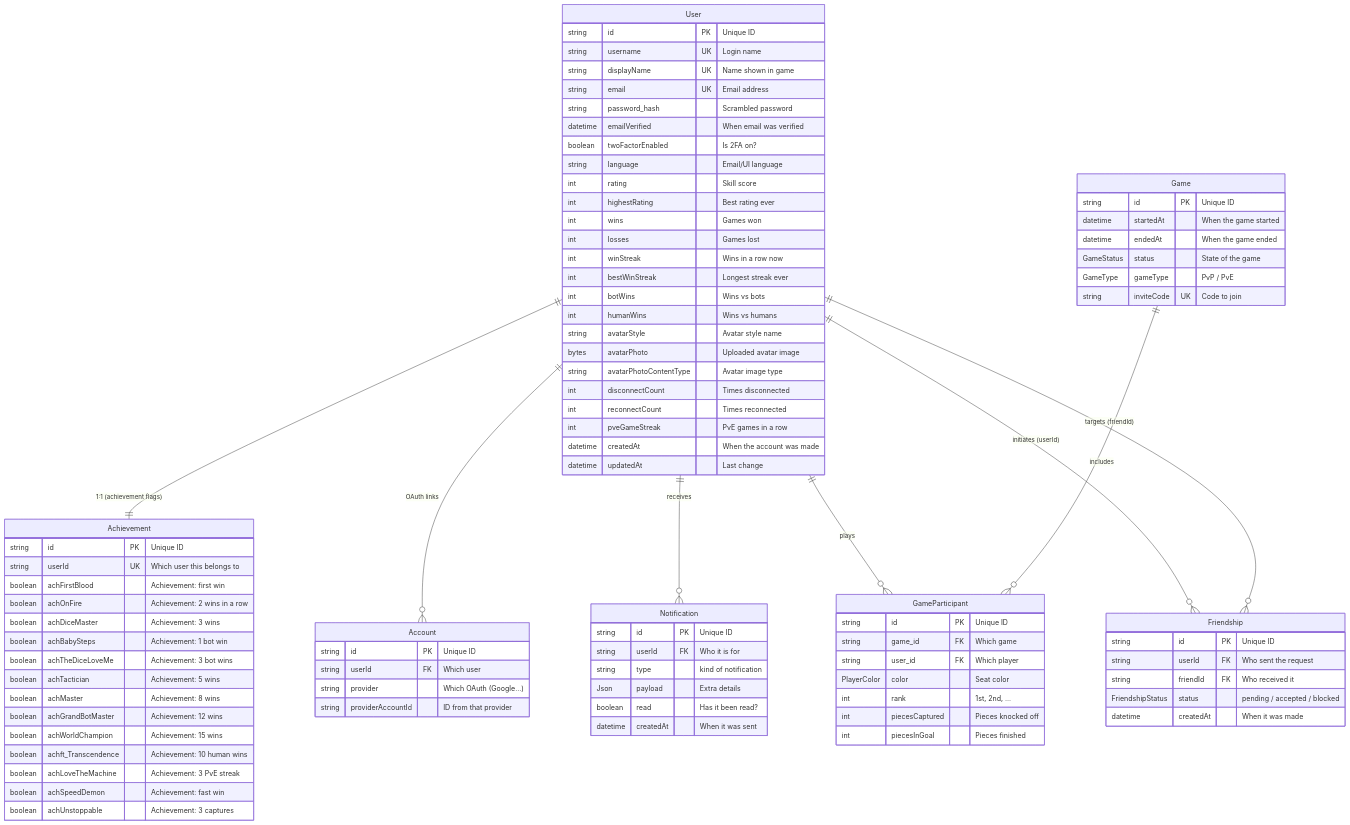
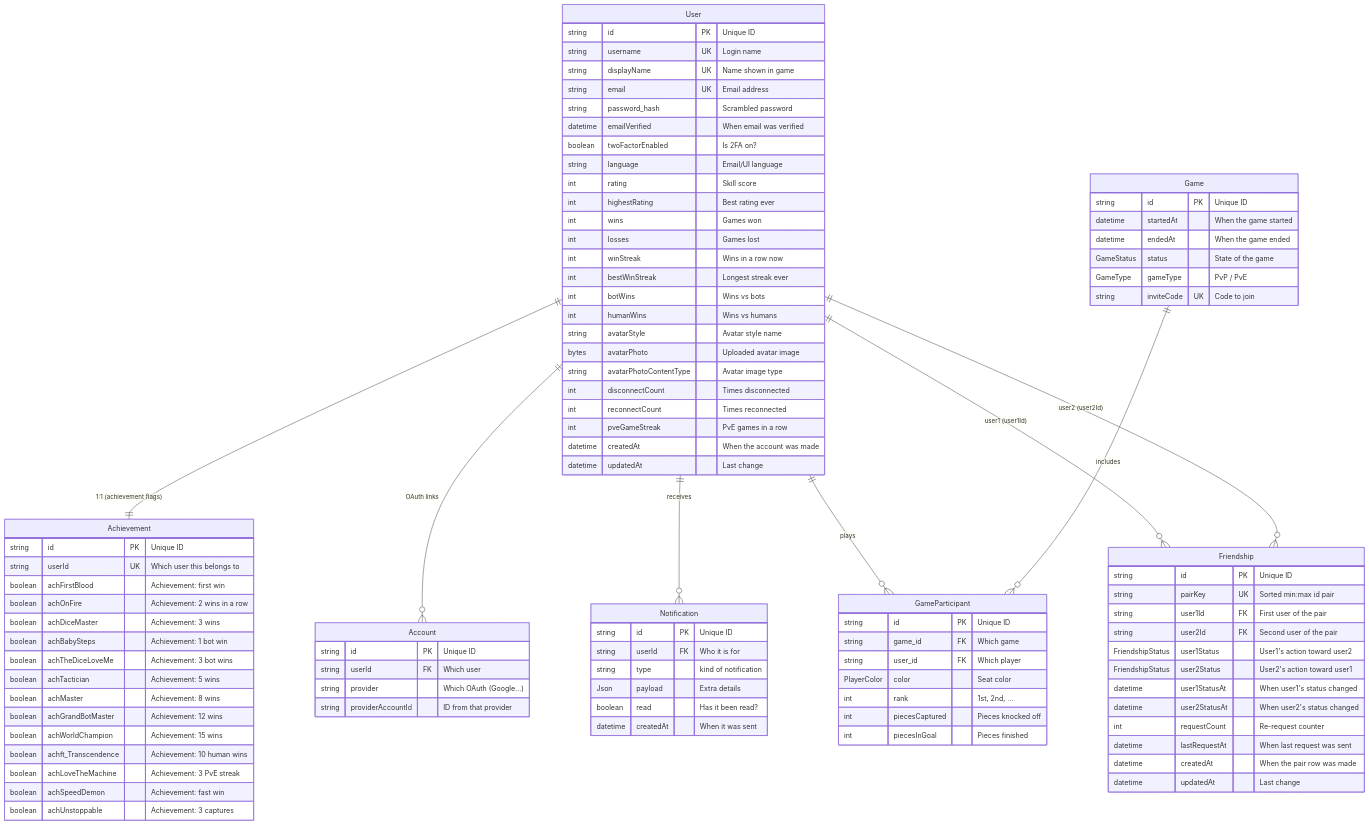
One commit to J00ZzZ/ft_transcendence changed the diagram in docs/backend/backend-database-schema-system.md. Above: the diagram before and after it, drawn with Mermaid. The commit also changed other lines of this file and 16 other files, not shown here.

```diff
--- a/docs/backend/backend-database-schema-system.md
+++ b/docs/backend/backend-database-schema-system.md
@@ -290,8 +313,8 @@
     User ||--o{ Account : "OAuth links"
     User ||--o{ Notification : "receives"
     User ||--o{ GameParticipant : "plays"
-    User ||--o{ Friendship : "initiates (userId)"
-    User ||--o{ Friendship : "targets (friendId)"
+    User ||--o{ Friendship : "user1 (user1Id)"
+    User ||--o{ Friendship : "user2 (user2Id)"
     Game ||--o{ GameParticipant : "includes"
 
     User {
@@ -362,10 +385,17 @@
     }
     Friendship {
         string id PK "Unique ID"
-        string userId FK "Who sent the request"
-        string friendId FK "Who received it"
-        FriendshipStatus status "pending / accepted / blocked"
-        datetime createdAt "When it was made"
+        string pairKey UK "Sorted min:max id pair"
+        string user1Id FK "First user of the pair"
+        string user2Id FK "Second user of the pair"
+        FriendshipStatus user1Status "User1's action toward user2"
+        FriendshipStatus user2Status "User2's action toward user1"
+        datetime user1StatusAt "When user1's status changed"
+        datetime user2StatusAt "When user2's status changed"
+        int requestCount "Re-request counter"
+        datetime lastRequestAt "When last request was sent"
+        datetime createdAt "When the pair row was made"
+        datetime updatedAt "Last change"
     }
     Notification {
         string id PK "Unique ID"
```
